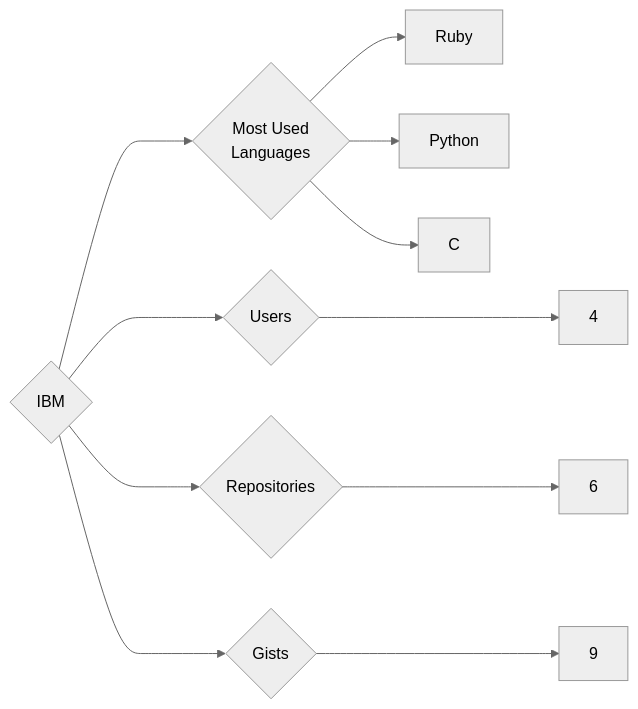
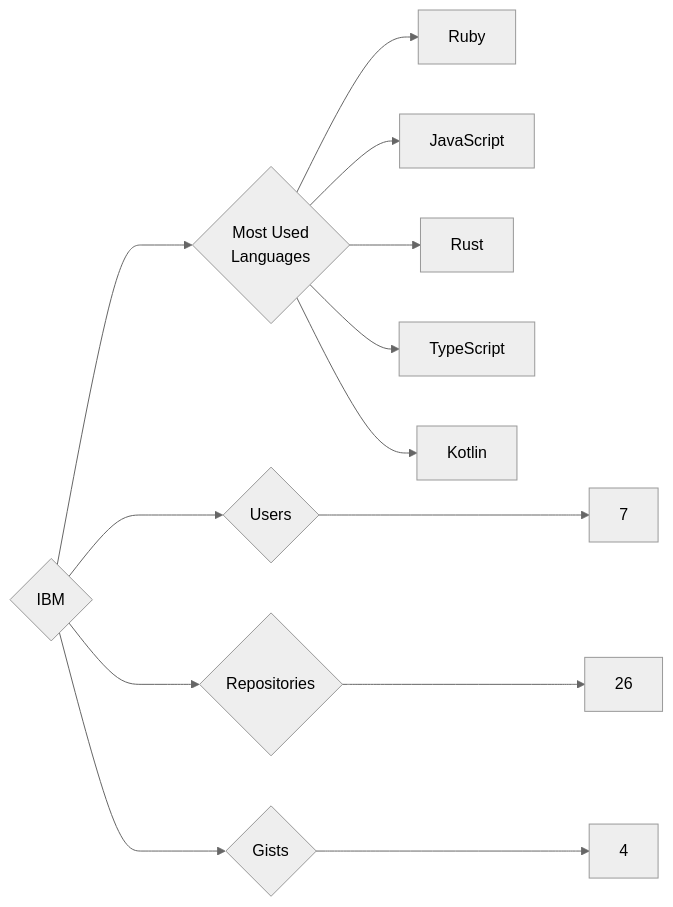
Before and after one commit to trickest/insiders: the diagram in targets/IBM/README.md, drawn with Mermaid (neutral theme). The commit also changed 1141 other files, not shown here.

````diff
--- a/targets/IBM/README.md
+++ b/targets/IBM/README.md
@@ -3,11 +3,13 @@
 ```mermaid
 graph LR
 COMPANY_NAME{IBM}
-COMPANY_NAME ---> U{Users} ---> UN[4]
-COMPANY_NAME ---> R{Repositories} ---> RN[6]
-COMPANY_NAME ---> G{Gists} ---> GN[9]
+COMPANY_NAME ---> U{Users} ---> UN[7]
+COMPANY_NAME ---> R{Repositories} ---> RN[26]
+COMPANY_NAME ---> G{Gists} ---> GN[4]
 COMPANY_NAME ---> ML{Most Used<br>Languages}
 ML --> Ruby[Ruby]
-ML --> Python[Python]
-ML --> C[C]
+ML --> JavaScript[JavaScript]
+ML --> Rust[Rust]
+ML --> TypeScript[TypeScript]
+ML --> Kotlin[Kotlin]
 ```
````
